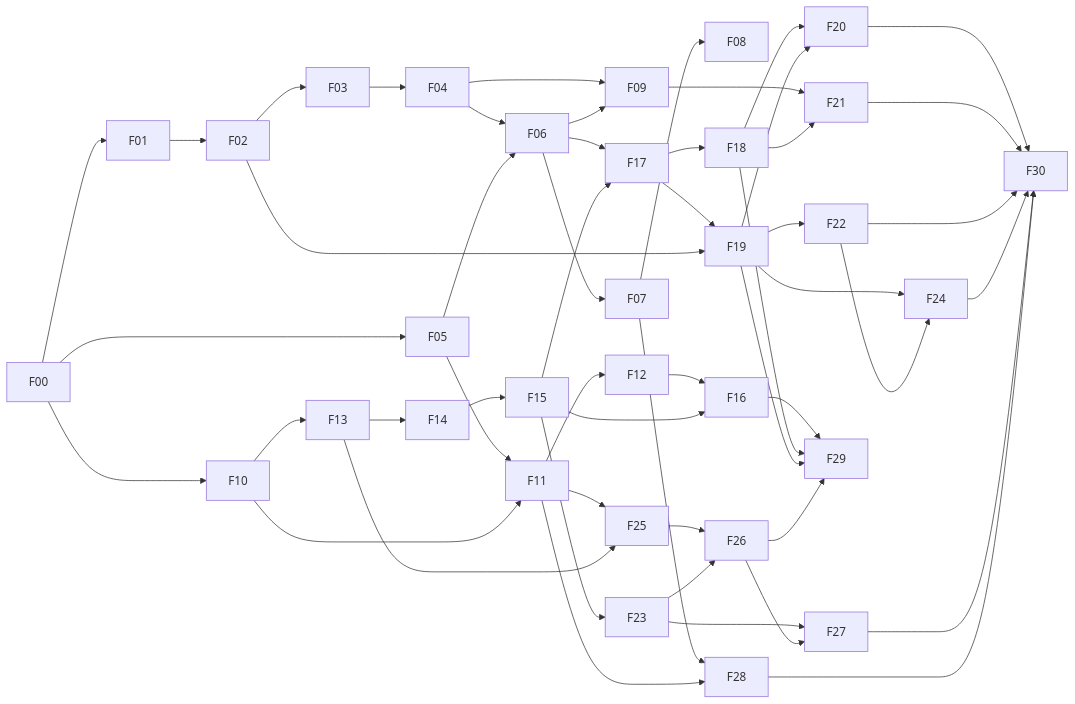
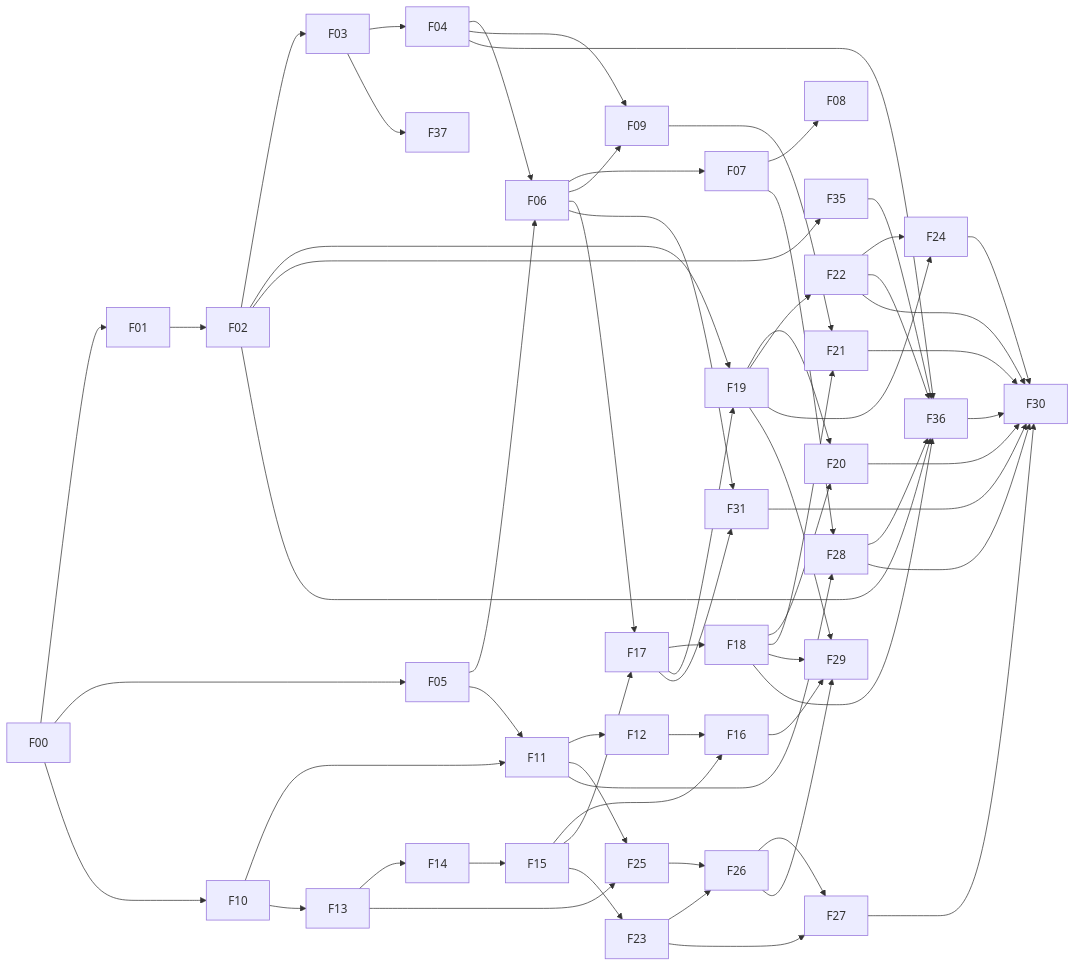
The diagram in docs/progress/ROADMAP.md (aanhtuan/PostCareAi), drawn with Mermaid before and after one commit. The commit also changed other lines of this file and 28 other files, not shown here.

````diff
--- a/docs/progress/ROADMAP.md
+++ b/docs/progress/ROADMAP.md
@@ -27,24 +27,28 @@
 ```mermaid
 flowchart LR
   F00-->F01-->F02-->F03-->F04
   F00-->F05
   F04 & F05-->F06-->F07-->F08
   F04 & F06-->F09
   F00-->F10
   F05 & F10-->F11-->F12
   F10-->F13-->F14-->F15
   F12 & F15-->F16
   F06 & F15-->F17-->F18
   F17 & F02-->F19
   F18 & F19-->F20
   F09 & F18-->F21
   F19-->F22
   F15-->F23
   F19 & F22-->F24
   F11 & F13-->F25
   F25 & F23-->F26
   F23 & F26-->F27
   F07 & F11-->F28
   F16 & F18 & F19 & F26-->F29
-  F20 & F21 & F22 & F24 & F27 & F28-->F30
+  F02-->F35
+  F03-->F37
+  F06 & F17-->F31
+  F02 & F04 & F18 & F22 & F28 & F35-->F36
+  F20 & F21 & F22 & F24 & F27 & F28 & F31 & F36-->F30
 ```
````
